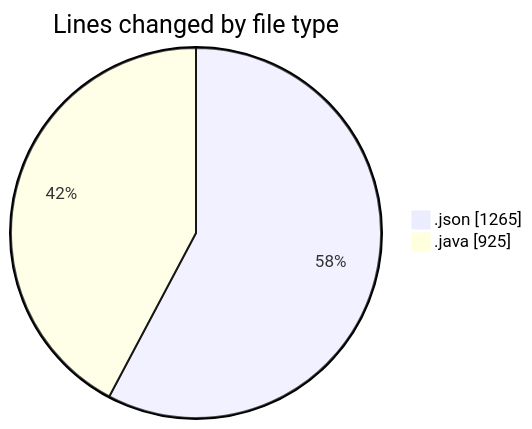
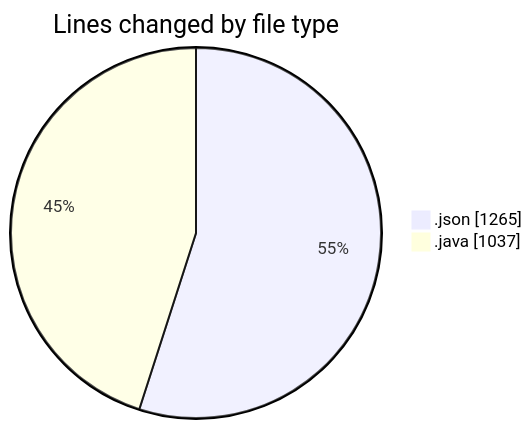
One commit to ricardozamudiocil/code-tracking changed the first of 2 diagrams in 2026-07-14/cilapp/README.md. Above: the diagram before and after it, drawn with Mermaid. The commit also changed other lines of this file and 1 other file, not shown here.

````diff
--- a/2026-07-14/cilapp/README.md
+++ b/2026-07-14/cilapp/README.md
@@ -22,6 +23,6 @@
 ```mermaid
 pie showData
 title Lines changed by file type
 ".json" : 1265
-".java" : 925
+".java" : 1037
 ```
````
